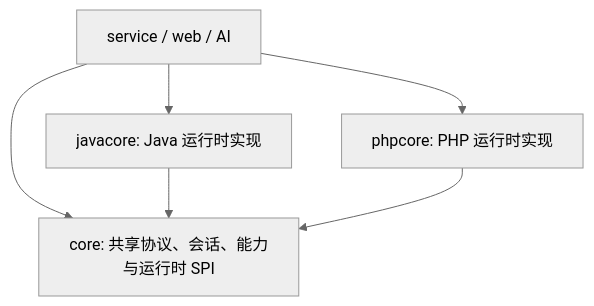
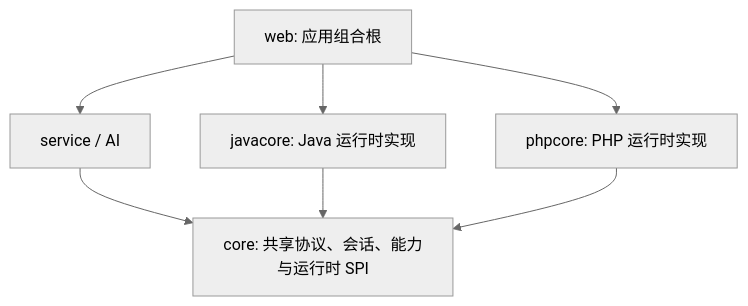
One commit to No-Github/LeoAI changed the diagram in docs/runtime-modules.md. Above: the diagram before and after it, drawn with Mermaid (neutral theme). The commit also changed other lines of this file and 264 other files, not shown here.

````diff
--- a/docs/runtime-modules.md
+++ b/docs/runtime-modules.md
@@ -5,8 +5,9 @@
 ```mermaid
 graph TD
-    service["service / web / AI"] --> spi["core: 共享协议、会话、能力与运行时 SPI"]
-    service --> java["javacore: Java 运行时实现"]
-    service --> php["phpcore: PHP 运行时实现"]
+    web["web: 应用组合根"] --> service["service / AI"]
+    web --> java["javacore: Java 运行时实现"]
+    web --> php["phpcore: PHP 运行时实现"]
+    service --> spi["core: 共享协议、会话、能力与运行时 SPI"]
     java --> spi
     php --> spi
 ```
````
